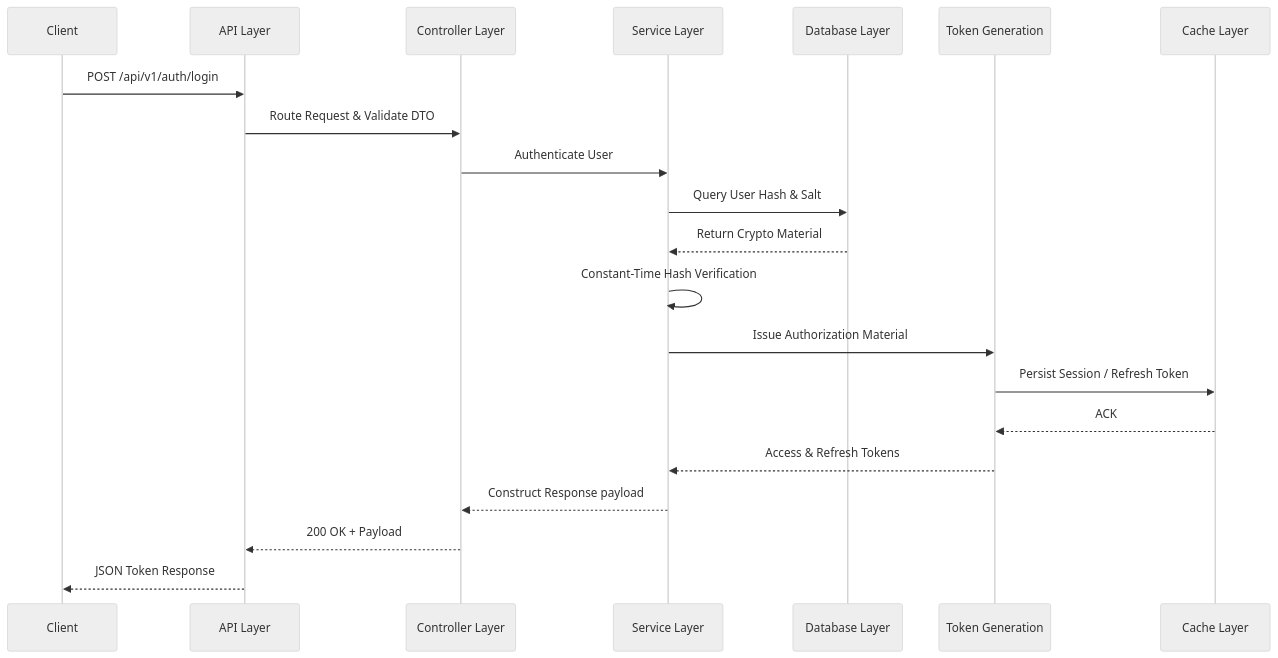
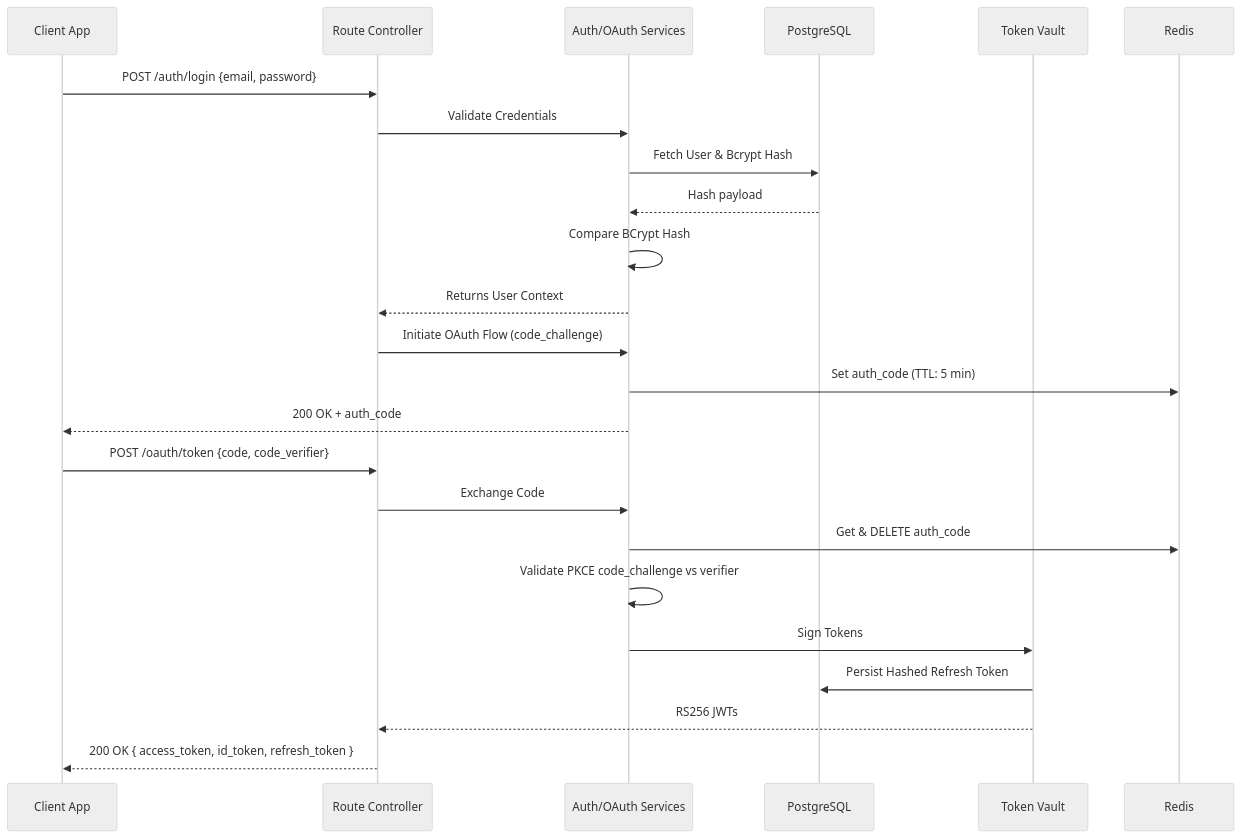
Before and after one commit to ayushsinghh0/just-doing-some-todo: the second of 7 diagrams in README.md, drawn with Mermaid (neutral theme). The commit also changed other lines of this file, not shown here.

````diff
--- a/README.md
+++ b/README.md
@@ -110,24 +108,28 @@
 ```mermaid
 sequenceDiagram
-    participant C as Client
-    participant API as API Layer
-    participant Ctrl as Controller Layer
-    participant Svc as Service Layer
-    participant DB as Database Layer
-    participant Tok as Token Generation
-    participant Cache as Cache Layer
+    participant C as Client App
+    participant Ctrl as Route Controller
+    participant Svc as Auth/OAuth Services
+    participant DB as PostgreSQL
+    participant Tok as Token Vault
+    participant Cache as Redis
 
-    C->>API: POST /api/v1/auth/login
-    API->>Ctrl: Route Request & Validate DTO
-    Ctrl->>Svc: Authenticate User
-    Svc->>DB: Query User Hash & Salt
-    DB-->>Svc: Return Crypto Material
-    Svc->>Svc: Constant-Time Hash Verification
-    Svc->>Tok: Issue Authorization Material
-    Tok->>Cache: Persist Session / Refresh Token
-    Cache-->>Tok: ACK
-    Tok-->>Svc: Access & Refresh Tokens
-    Svc-->>Ctrl: Construct Response payload
-    Ctrl-->>API: 200 OK + Payload
-    API-->>C: JSON Token Response
+    C->>Ctrl: POST /auth/login {email, password}
+    Ctrl->>Svc: Validate Credentials
+    Svc->>DB: Fetch User & Bcrypt Hash
+    DB-->>Svc: Hash payload
+    Svc->>Svc: Compare BCrypt Hash
+    Svc-->>Ctrl: Returns User Context
+    Ctrl->>Svc: Initiate OAuth Flow (code_challenge)
+    Svc->>Cache: Set auth_code (TTL: 5 min)
+    Svc-->>C: 200 OK + auth_code
+    
+    C->>Ctrl: POST /oauth/token {code, code_verifier}
+    Ctrl->>Svc: Exchange Code
+    Svc->>Cache: Get & DELETE auth_code
+    Svc->>Svc: Validate PKCE code_challenge vs verifier
+    Svc->>Tok: Sign Tokens
+    Tok->>DB: Persist Hashed Refresh Token
+    Tok-->>Ctrl: RS256 JWTs
+    Ctrl-->>C: 200 OK { access_token, id_token, refresh_token }
 ```
````
